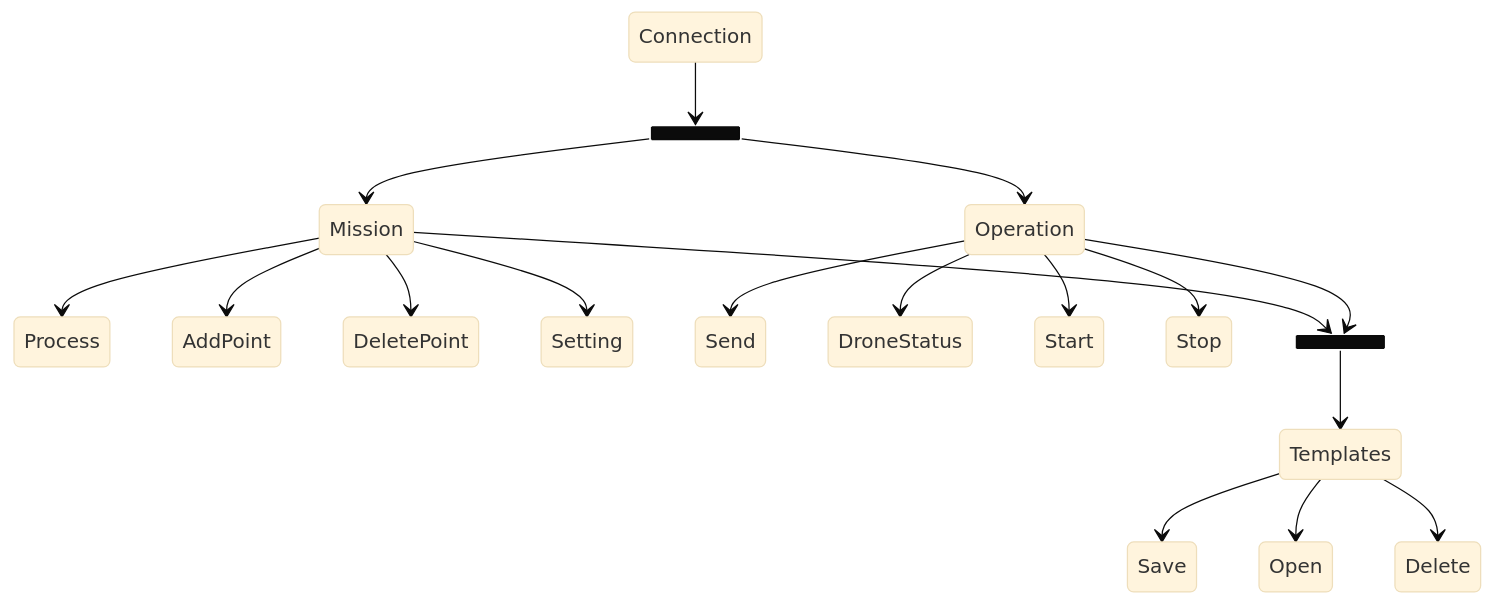
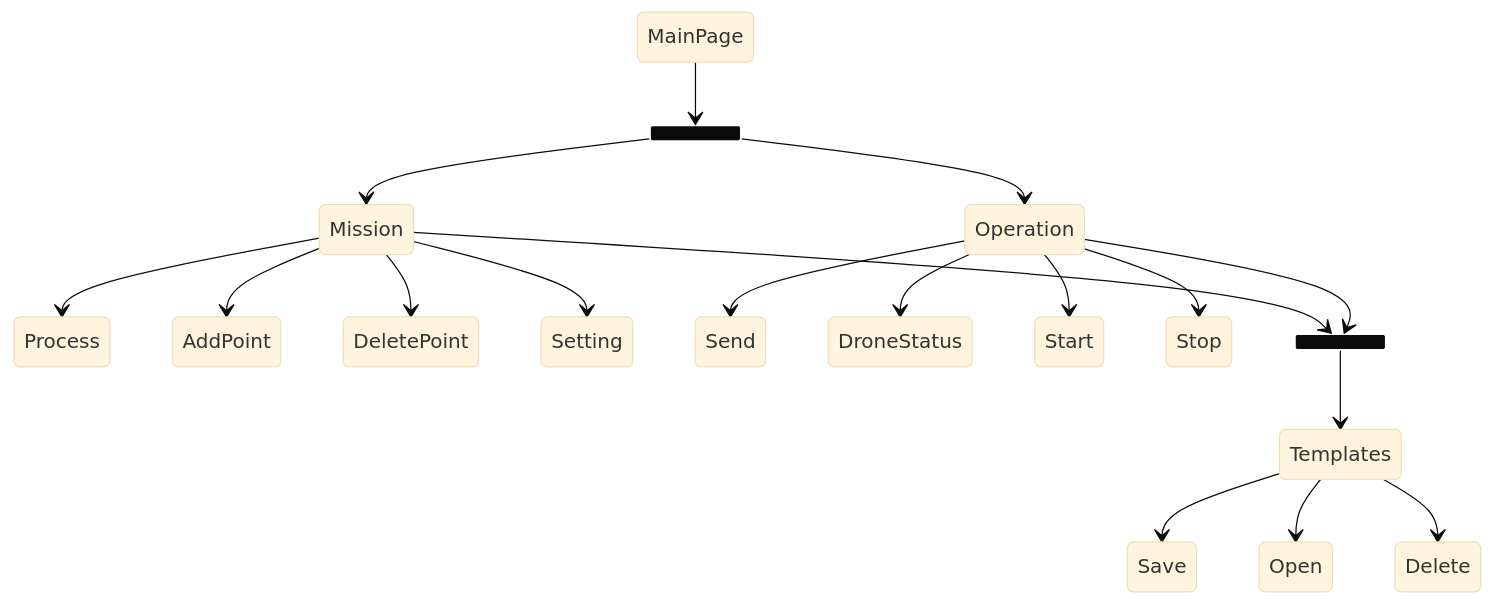
Before and after one commit to spaceomid/Documentation: the second of 2 diagrams in docs/Drone/Description.md, drawn with Mermaid (base theme). The commit also changed other lines of this file and 4 other files, not shown here.

````diff
--- a/docs/Drone/Description.md
+++ b/docs/Drone/Description.md
@@ -52,24 +75,24 @@
 ``` mermaid
 stateDiagram-v2
   state fork_state <<fork>>
-  Connection --> fork_state
+  MainPage --> fork_state
   fork_state --> Mission
   fork_state --> Operation
 
   Mission --> Process
   Mission --> AddPoint
   Mission --> DeletePoint
   Mission --> Setting
   Operation --> Send
   Operation --> DroneStatus
   Operation --> Start
   Operation --> Stop
 
   state join_state <<join>>
   Mission --> join_state
   Operation --> join_state
   join_state --> Templates
   Templates --> Save
   Templates --> Open
   Templates --> Delete
 ```
````
